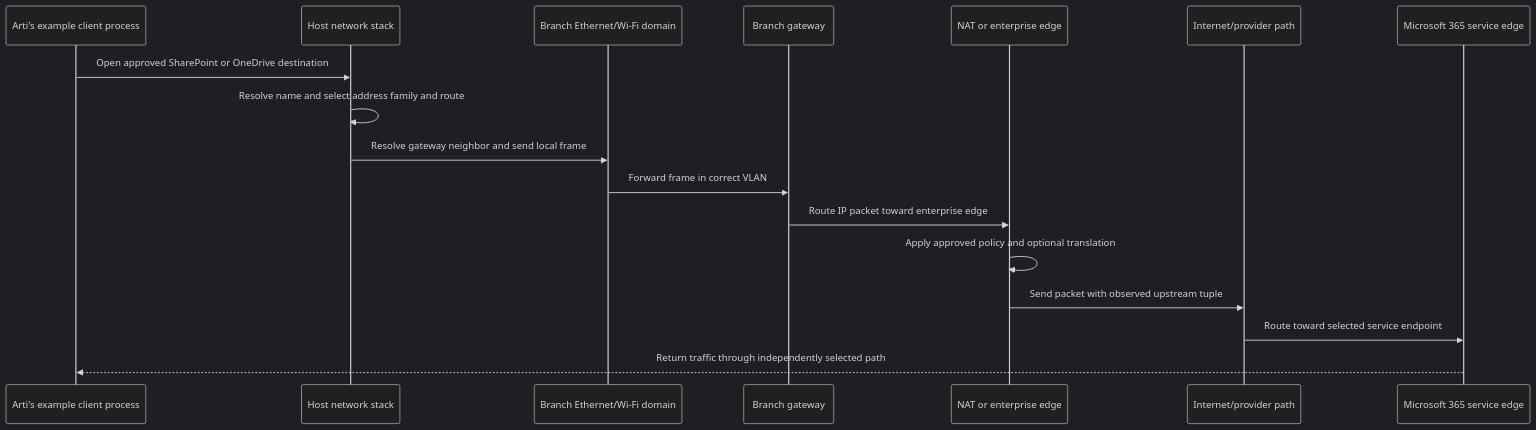
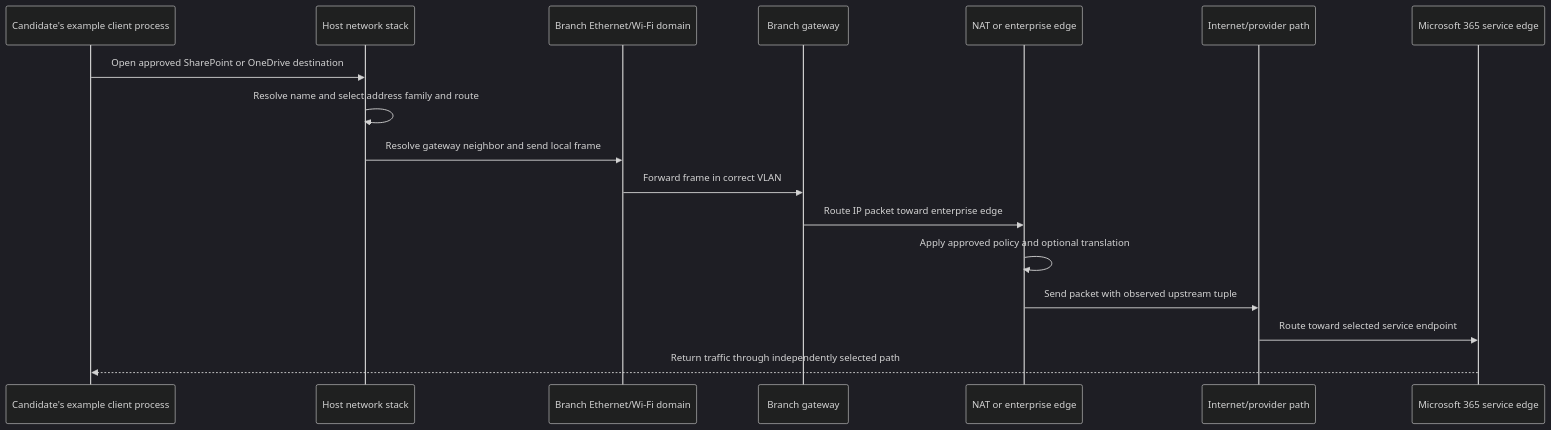
One commit to hichauhan-in/Interview-Prep changed diagram 14 of 18 in ZScaler Customer Success/prep/Part-17-ethernet-ip-subnet-routing-nat.md. Above: the diagram before and after it, drawn with Mermaid (dark theme). The commit also changed other lines of this file and 493 other files, not shown here.

````diff
--- a/ZScaler Customer Success/prep/Part-17-ethernet-ip-subnet-routing-nat.md
+++ b/ZScaler Customer Success/prep/Part-17-ethernet-ip-subnet-routing-nat.md
@@ -685,19 +685,19 @@
 ```mermaid
 sequenceDiagram
-    participant A as Arti's example client process
+    participant A as Candidate's example client process
     participant OS as Host network stack
     participant SW as Branch Ethernet/Wi-Fi domain
     participant GW as Branch gateway
     participant N as NAT or enterprise edge
     participant I as Internet/provider path
     participant M as Microsoft 365 service edge
     A->>OS: Open approved SharePoint or OneDrive destination
     OS->>OS: Resolve name and select address family and route
     OS->>SW: Resolve gateway neighbor and send local frame
     SW->>GW: Forward frame in correct VLAN
     GW->>N: Route IP packet toward enterprise edge
     N->>N: Apply approved policy and optional translation
     N->>I: Send packet with observed upstream tuple
     I->>M: Route toward selected service endpoint
     M-->>A: Return traffic through independently selected path
 ```
````
